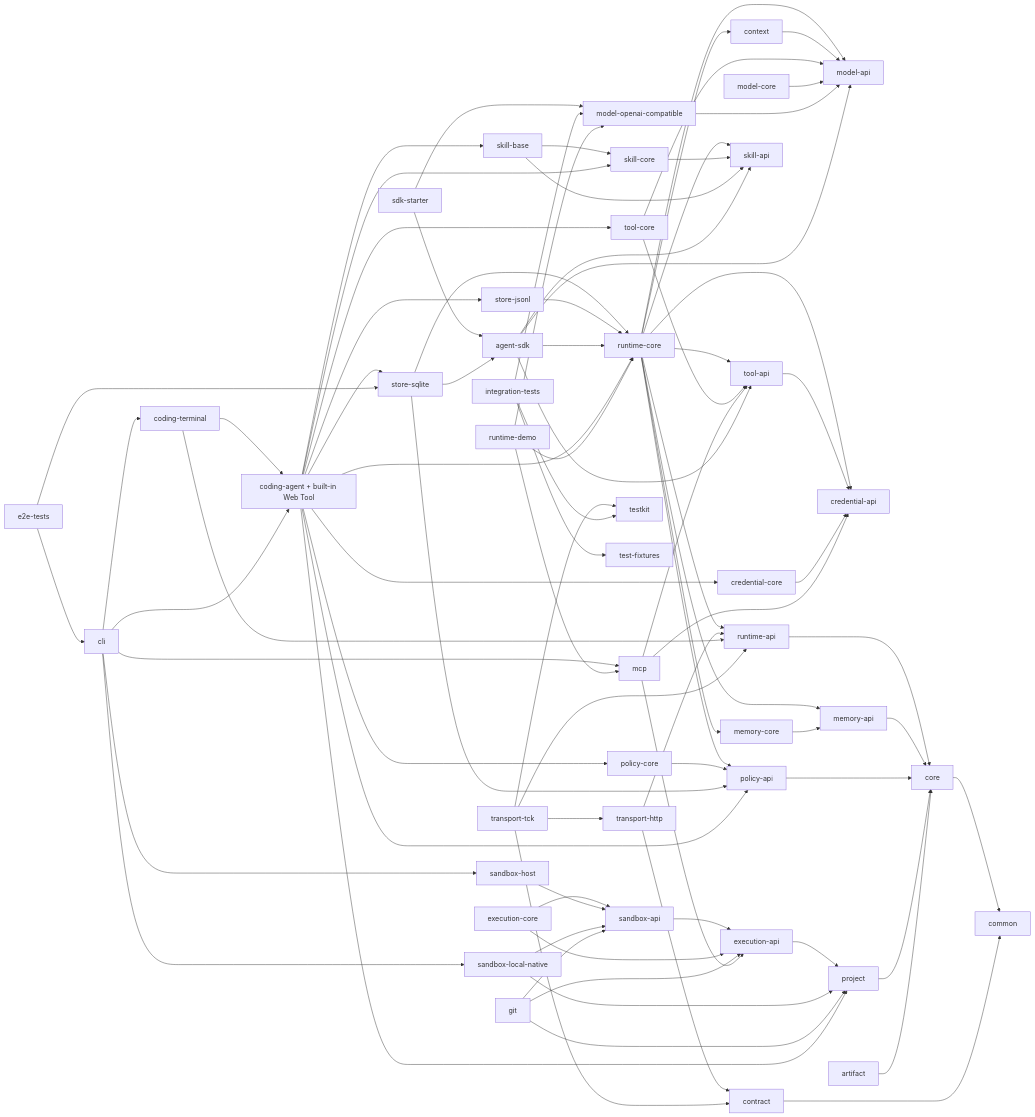
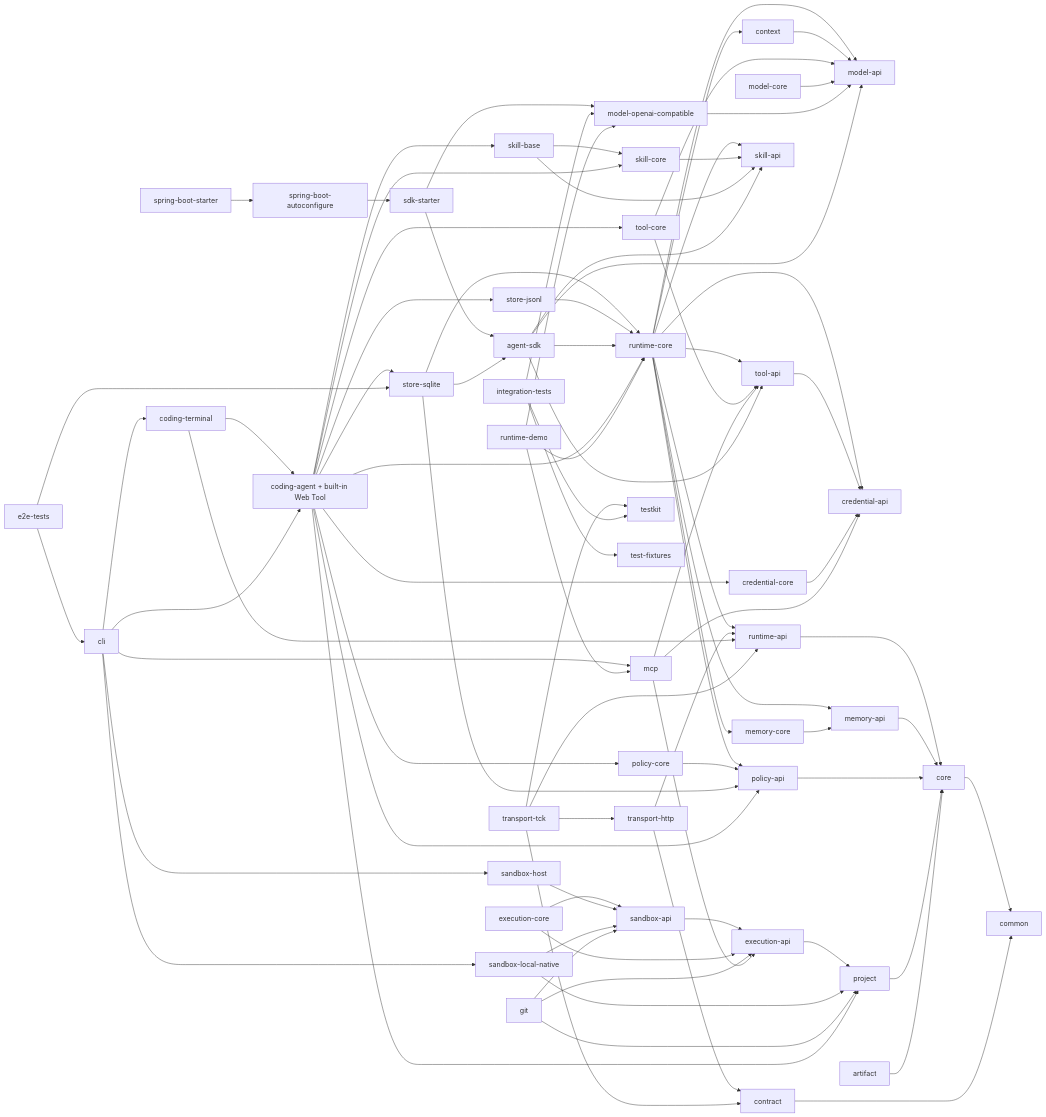
The diagram in README.md (haifa-agent/haifa-agent), drawn with Mermaid before and after one commit. The commit also changed other lines of this file and 19 other files, not shown here.

Commit message:
feat: add Spring Boot SDK starter

```diff
--- a/README.md
+++ b/README.md
@@ -155,6 +160,8 @@
   SDK --> SKAPI
   STARTER[sdk-starter] --> SDK
   STARTER --> OAI
+  SAUTO[spring-boot-autoconfigure] --> STARTER
+  SBOOT[spring-boot-starter] --> SAUTO
   SQLITE --> SDK
   PAPP[coding-agent + built-in Web Tool] --> RCORE
   PAPP --> SQLITE
```
